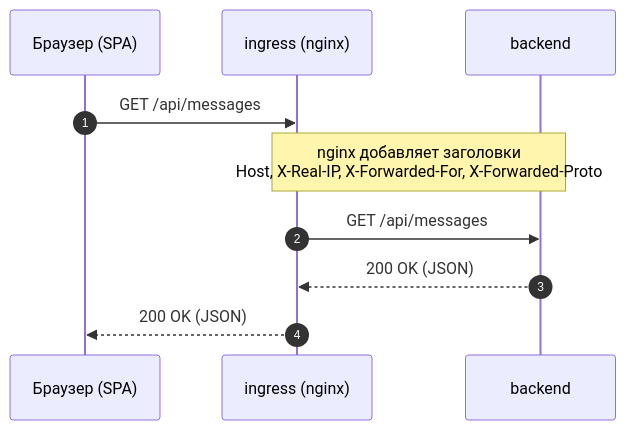
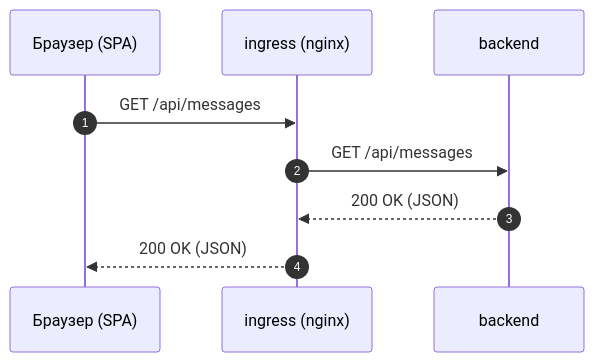
The second of 4 diagrams in _guides/nginx-ingress.md (is-aidd-26/is-aidd-26.github.io), drawn with Mermaid before and after one commit. The commit also changed other lines of this file and 1 other file, not shown here.

````diff
--- a/_guides/nginx-ingress.md
+++ b/_guides/nginx-ingress.md
@@ -262,13 +262,12 @@
 ```mermaid
 sequenceDiagram
     autonumber
     participant B as Браузер (SPA)
     participant N as ingress (nginx)
     participant A as backend
 
     B->>N: GET /api/messages
-    Note over N,A: nginx добавляет заголовки<br/>Host, X-Real-IP, X-Forwarded-For, X-Forwarded-Proto
     N->>A: GET /api/messages
     A-->>N: 200 OK (JSON)
     N-->>B: 200 OK (JSON)
 ```
````
